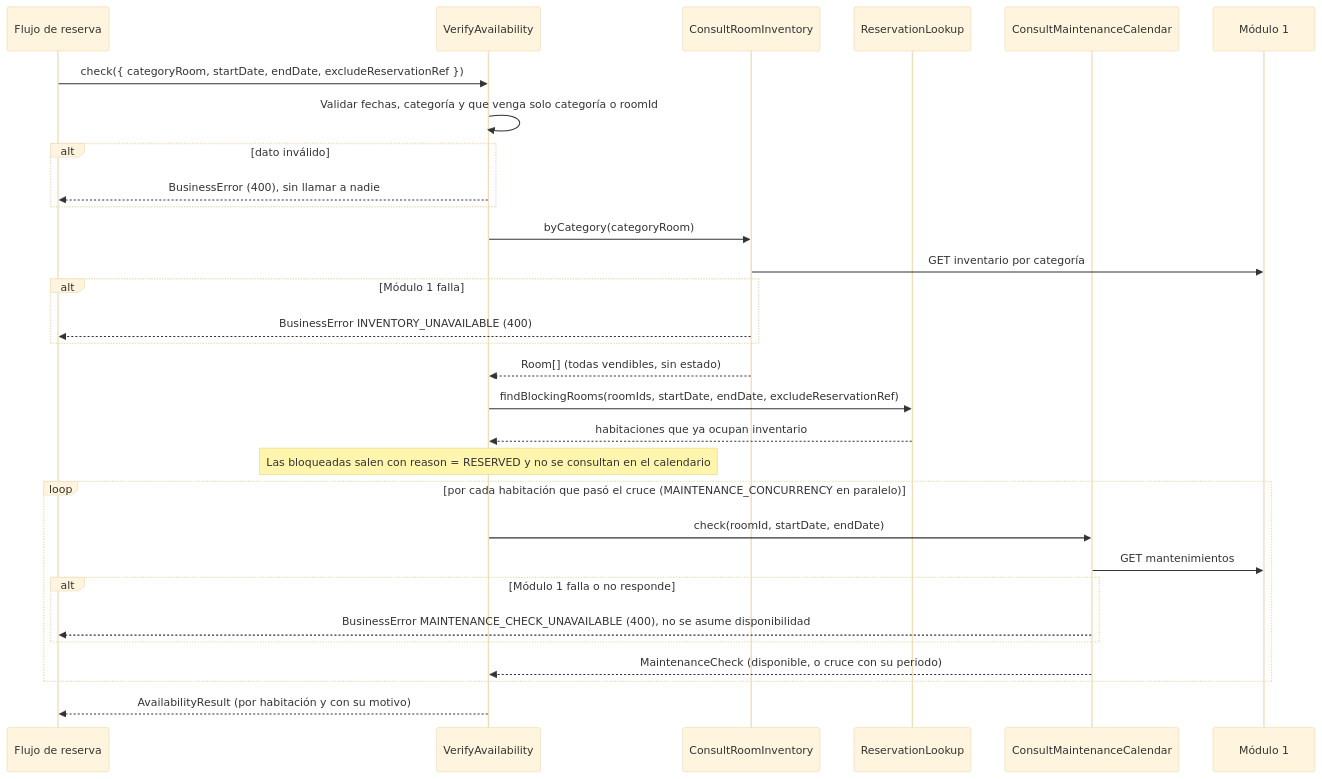
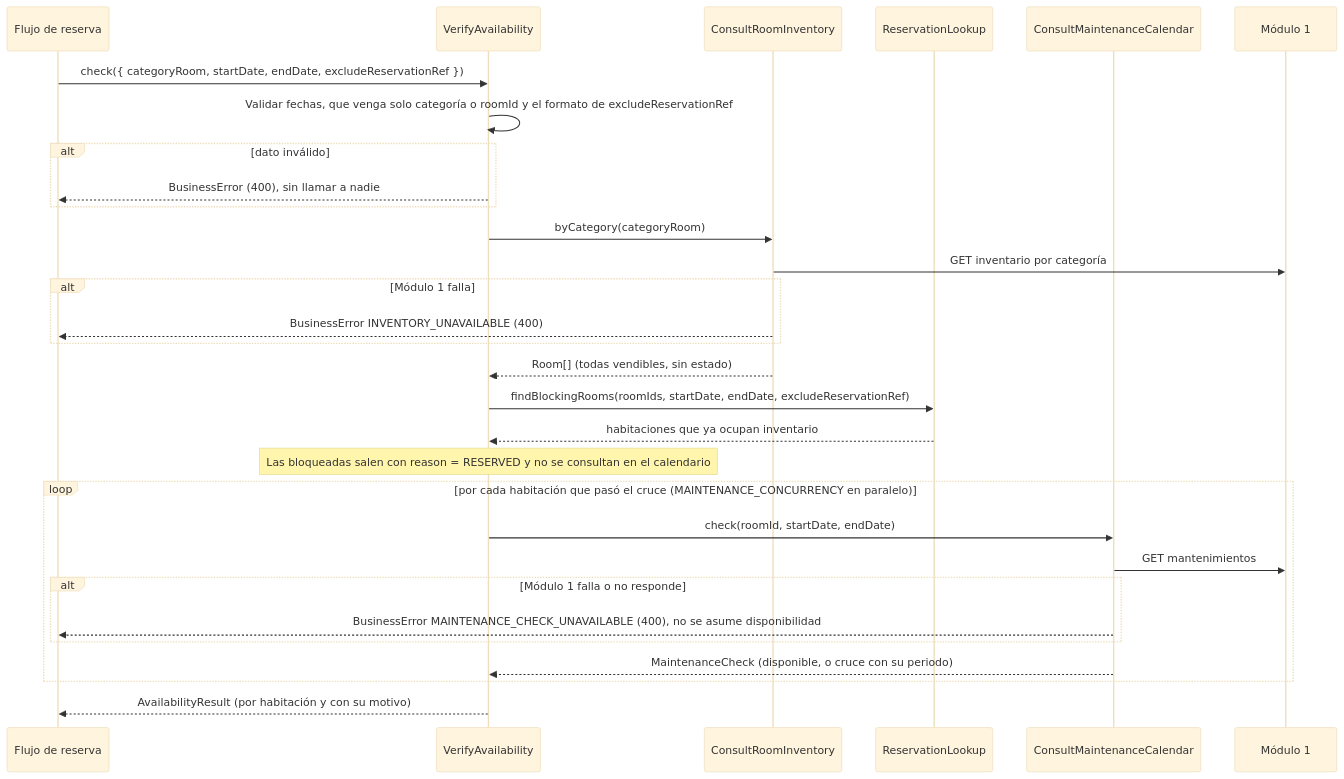
The first of 3 diagrams in specs/check-room-availability/plan.md (Lapicero312-lapi/HOSPITUA-MOD-2), drawn with Mermaid (base theme) before and after one commit.

Commit message:
docs(specs): el paso de validación de D1 coincide con lo que revisa el validador (tarea #72)
D1 decía que el servicio valida las fechas, la categoría y que venga solo categoría o roomId. El
validador de T002 revisa las fechas, que venga solo categoría o roomId y el formato de
excludeReservationRef; el formato de la categoría lo revisa consult-room-inventory en el paso
siguiente (byCategory), antes de llamar al Módulo 1. Así, quien haga el servicio solo llama al
validador.

Claude-Session: https://claude.ai/code/session_01Neu5RhQBiJXvczpe6oHo6S

````diff
--- a/specs/check-room-availability/plan.md
+++ b/specs/check-room-availability/plan.md
@@ -190,33 +190,33 @@
 ```mermaid
 sequenceDiagram
     participant F as Flujo de reserva
     participant V as VerifyAvailability
     participant I as ConsultRoomInventory
     participant R as ReservationLookup
     participant K as ConsultMaintenanceCalendar
     participant M1 as Módulo 1
 
     F->>V: check({ categoryRoom, startDate, endDate, excludeReservationRef })
-    V->>V: Validar fechas, categoría y que venga solo categoría o roomId
+    V->>V: Validar fechas, que venga solo categoría o roomId y el formato de excludeReservationRef
     alt dato inválido
         V-->>F: BusinessError (400), sin llamar a nadie
     end
     V->>I: byCategory(categoryRoom)
     I->>M1: GET inventario por categoría
     alt Módulo 1 falla
         I-->>F: BusinessError INVENTORY_UNAVAILABLE (400)
     end
     I-->>V: Room[] (todas vendibles, sin estado)
     V->>R: findBlockingRooms(roomIds, startDate, endDate, excludeReservationRef)
     R-->>V: habitaciones que ya ocupan inventario
     Note over V: Las bloqueadas salen con reason = RESERVED y no se consultan en el calendario
     loop por cada habitación que pasó el cruce (MAINTENANCE_CONCURRENCY en paralelo)
         V->>K: check(roomId, startDate, endDate)
         K->>M1: GET mantenimientos
         alt Módulo 1 falla o no responde
             K-->>F: BusinessError MAINTENANCE_CHECK_UNAVAILABLE (400), no se asume disponibilidad
         end
         K-->>V: MaintenanceCheck (disponible, o cruce con su periodo)
     end
     V-->>F: AvailabilityResult (por habitación y con su motivo)
 ```
````
